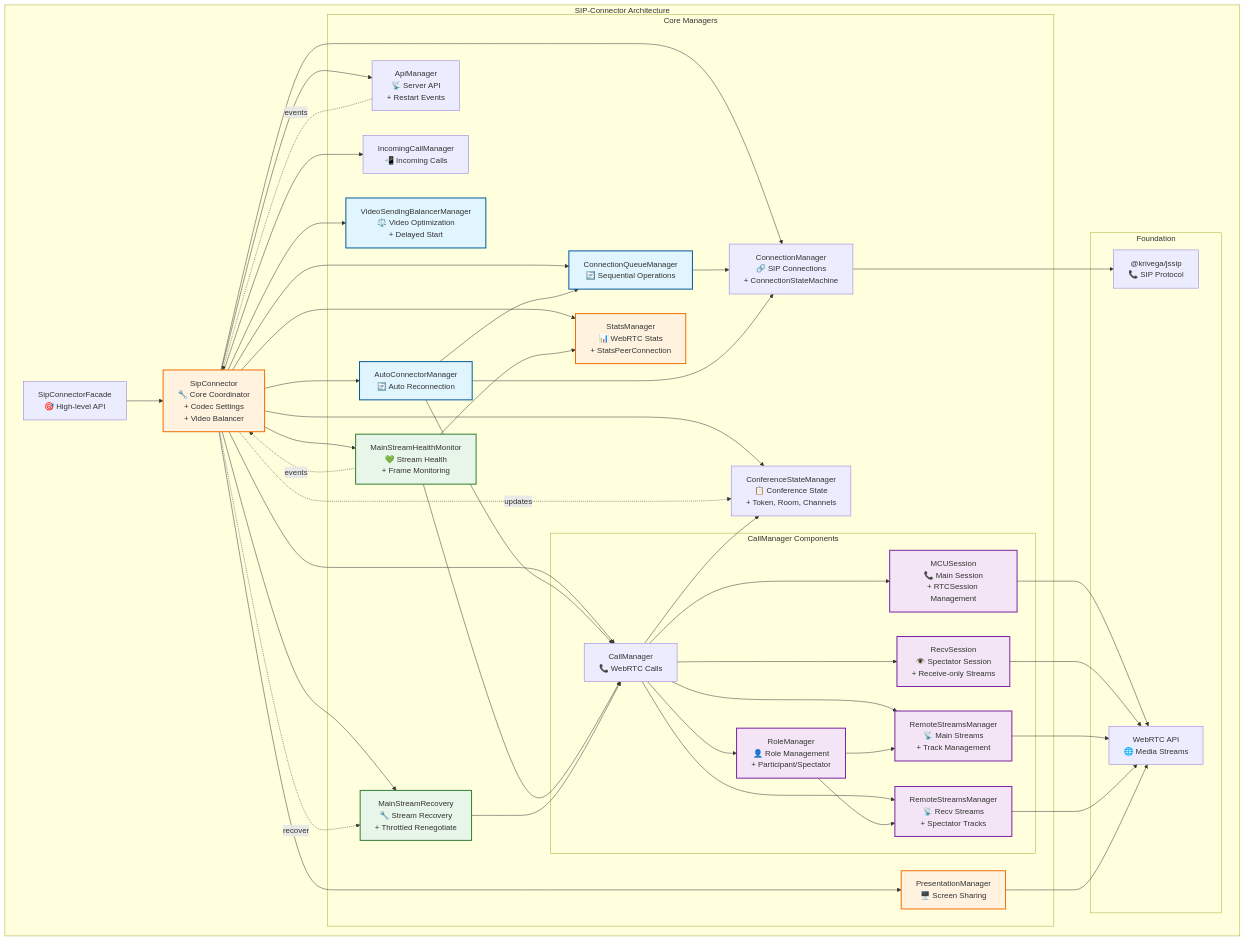
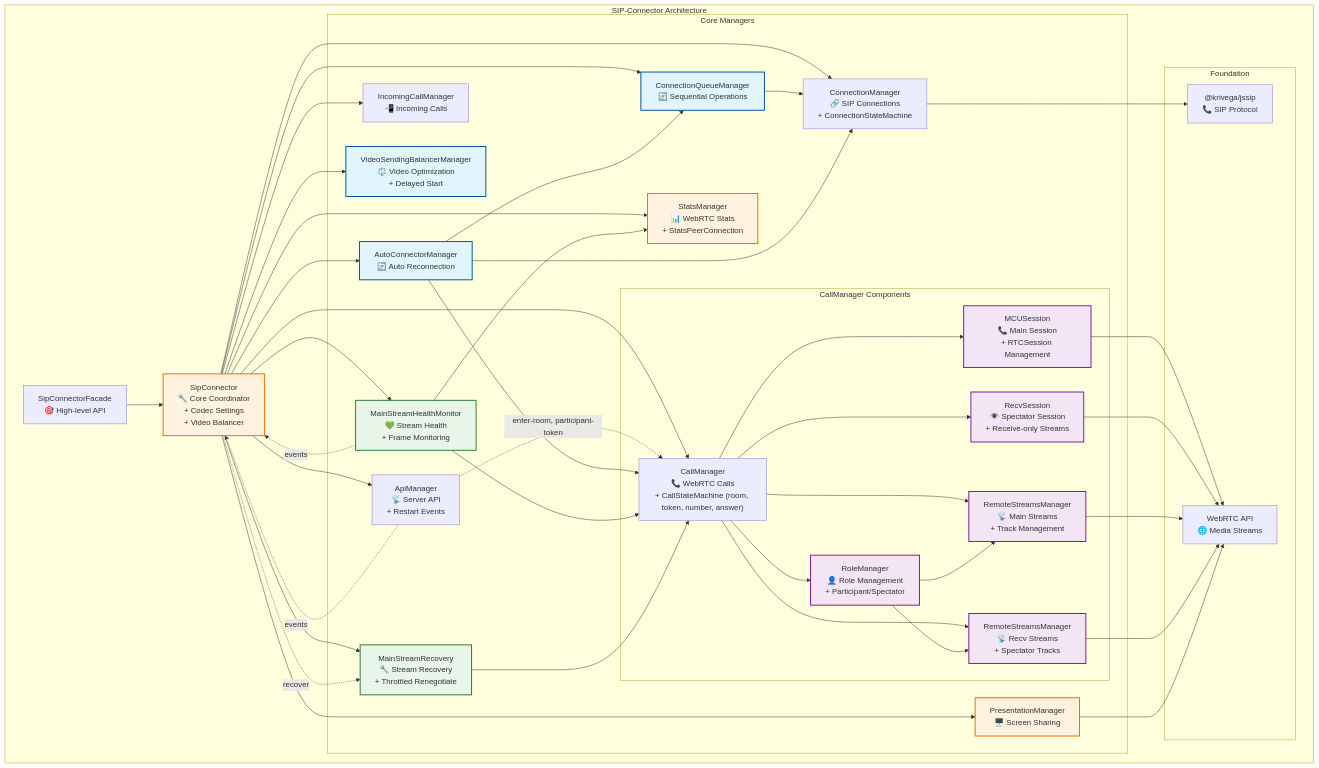
One commit to Krivega/sip-connector changed the diagram in docs/arch/overview.md. Above: the diagram before and after it, drawn with Mermaid. The commit also changed other lines of this file and 29 other files, not shown here.

Commit message:
refactor!: remove ConferenceStateManager and integrate its functionality into CallManager and CallStateMachine

```diff
--- a/docs/arch/overview.md
+++ b/docs/arch/overview.md
@@ -82,10 +81,9 @@
 
         subgraph "Core Managers"
             C["ConnectionManager<br/>🔗 SIP Connections<br/>+ ConnectionStateMachine"]
-            CS["ConferenceStateManager<br/>📋 Conference State<br/>+ Token, Room, Channels"]
 
             subgraph "CallManager Components"
-                D["CallManager<br/>📞 WebRTC Calls"]
+                D["CallManager<br/>📞 WebRTC Calls<br/>+ CallStateMachine (room, token, number, answer)"]
                 D1["MCUSession<br/>📞 Main Session<br/>+ RTCSession Management"]
                 D2["RecvSession<br/>👁️ Spectator Session<br/>+ Receive-only Streams"]
                 D3["RemoteStreamsManager<br/>📡 Main Streams<br/>+ Track Management"]
@@ -111,7 +109,6 @@
 
         A --> B
         B --> C
-        B --> CS
         B --> K
         B --> L
         B --> D
@@ -123,7 +120,7 @@
         B --> MSH
         B --> MSR
 
-        D --> CS
+        E -.->|enter-room, participant-token| D
         D --> D1
         D --> D2
         D --> D3
@@ -136,7 +133,6 @@
         D5 --> D3
         D5 --> D4
         E -.->|events| B
-        B -.->|updates| CS
 
         F --> N
         C --> M
```
